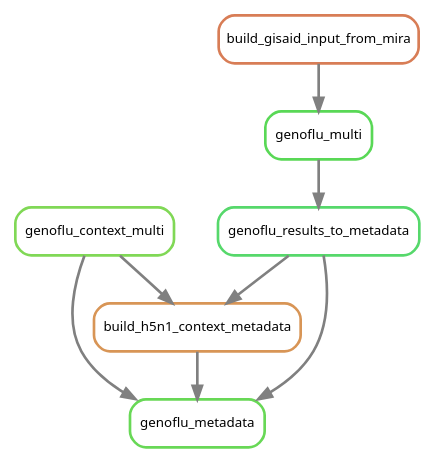
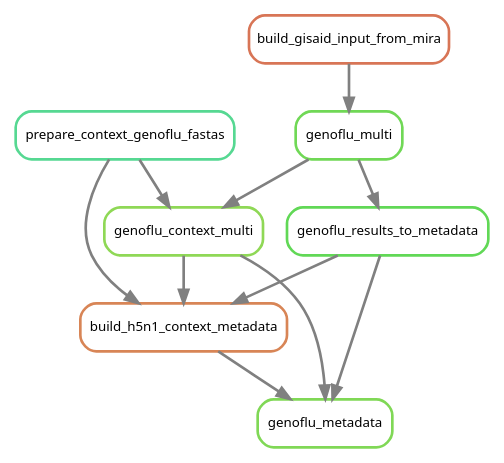
One commit to Sebysemily/Flu changed the diagram in analysis/pipeline_all_pipeline_options_rulegraph.dot. Above: the diagram before and after it, drawn with Graphviz. The commit also changed 49 other files, not shown here.

```diff
--- a/analysis/pipeline_all_pipeline_options_rulegraph.dot
+++ b/analysis/pipeline_all_pipeline_options_rulegraph.dot
@@ -1,18 +1,22 @@
 digraph snakemake_dag {
     graph[bgcolor=white, margin=0];
     node[shape=box, style=rounded, fontname=sans,                 fontsize=10, penwidth=2];
     edge[penwidth=2, color=grey];
-	0[label = "genoflu_metadata", color = "0.31 0.6 0.85", style="rounded"];
-	1[label = "build_h5n1_context_metadata", color = "0.08 0.6 0.85", style="rounded"];
-	2[label = "genoflu_context_multi", color = "0.28 0.6 0.85", style="rounded"];
-	3[label = "genoflu_results_to_metadata", color = "0.36 0.6 0.85", style="rounded"];
-	4[label = "genoflu_multi", color = "0.33 0.6 0.85", style="rounded"];
-	5[label = "build_gisaid_input_from_mira", color = "0.05 0.6 0.85", style="rounded"];
+	0[label = "genoflu_metadata", color = "0.28 0.6 0.85", style="rounded"];
+	1[label = "build_h5n1_context_metadata", color = "0.06 0.6 0.85", style="rounded"];
+	2[label = "genoflu_context_multi", color = "0.26 0.6 0.85", style="rounded"];
+	3[label = "prepare_context_genoflu_fastas", color = "0.41 0.6 0.85", style="rounded"];
+	4[label = "genoflu_multi", color = "0.30 0.6 0.85", style="rounded"];
+	5[label = "build_gisaid_input_from_mira", color = "0.04 0.6 0.85", style="rounded"];
+	6[label = "genoflu_results_to_metadata", color = "0.32 0.6 0.85", style="rounded"];
 	2 -> 0
 	1 -> 0
-	3 -> 0
+	6 -> 0
 	3 -> 1
 	2 -> 1
-	4 -> 3
+	6 -> 1
+	3 -> 2
+	4 -> 2
 	5 -> 4
+	4 -> 6
 }            
```
